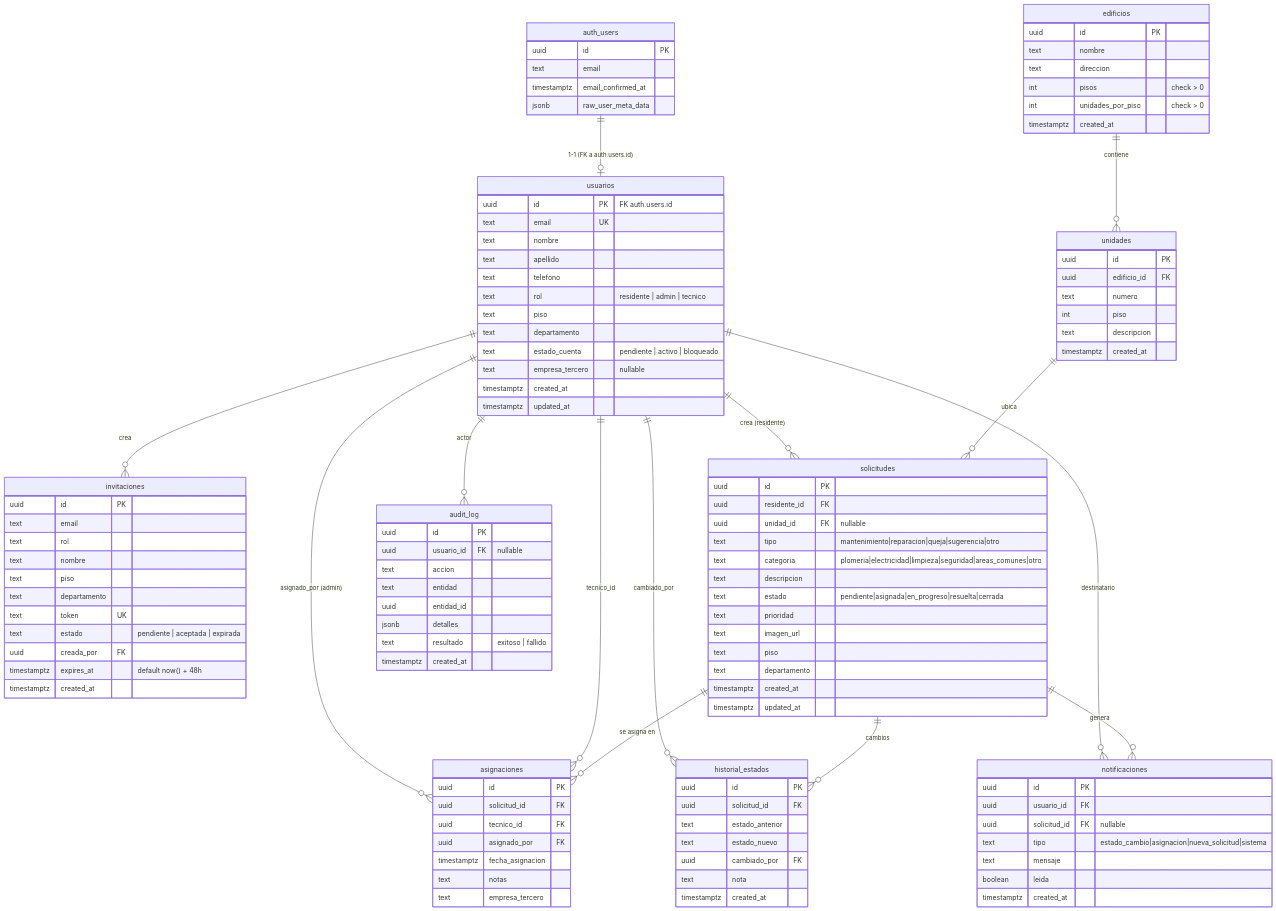
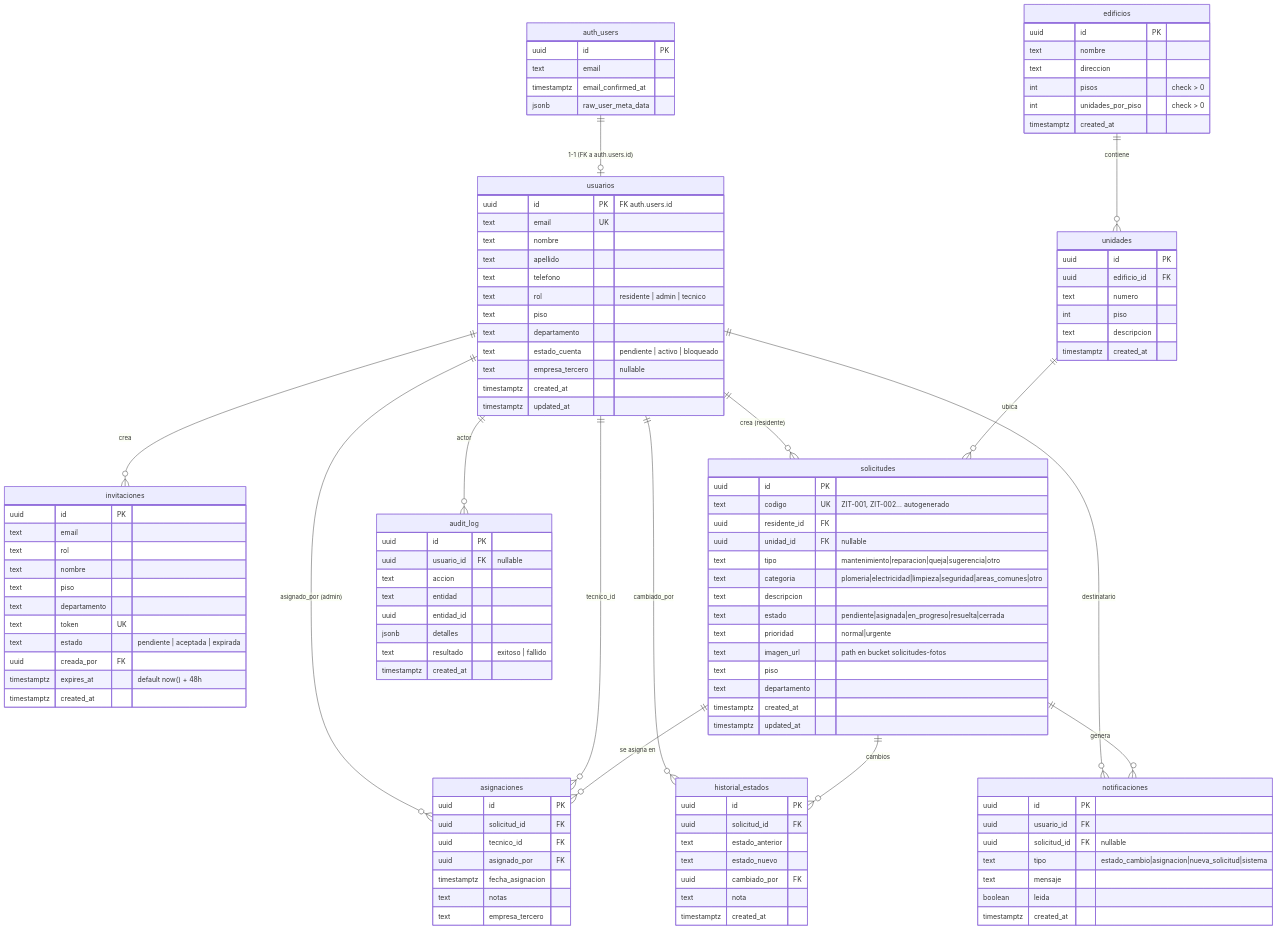
The diagram in docs/db/schema.md (StevenSntg/Zity), drawn with Mermaid before and after one commit. The commit also changed other lines of this file and 45 other files, not shown here.

```diff
--- a/docs/db/schema.md
+++ b/docs/db/schema.md
@@ -85,14 +88,15 @@
 
     solicitudes {
         uuid id PK
+        text codigo UK "ZIT-001, ZIT-002… autogenerado"
         uuid residente_id FK
         uuid unidad_id FK "nullable"
         text tipo "mantenimiento|reparacion|queja|sugerencia|otro"
         text categoria "plomeria|electricidad|limpieza|seguridad|areas_comunes|otro"
         text descripcion
         text estado "pendiente|asignada|en_progreso|resuelta|cerrada"
-        text prioridad
-        text imagen_url
+        text prioridad "normal|urgente"
+        text imagen_url "path en bucket solicitudes-fotos"
         text piso
         text departamento
         timestamptz created_at
```
